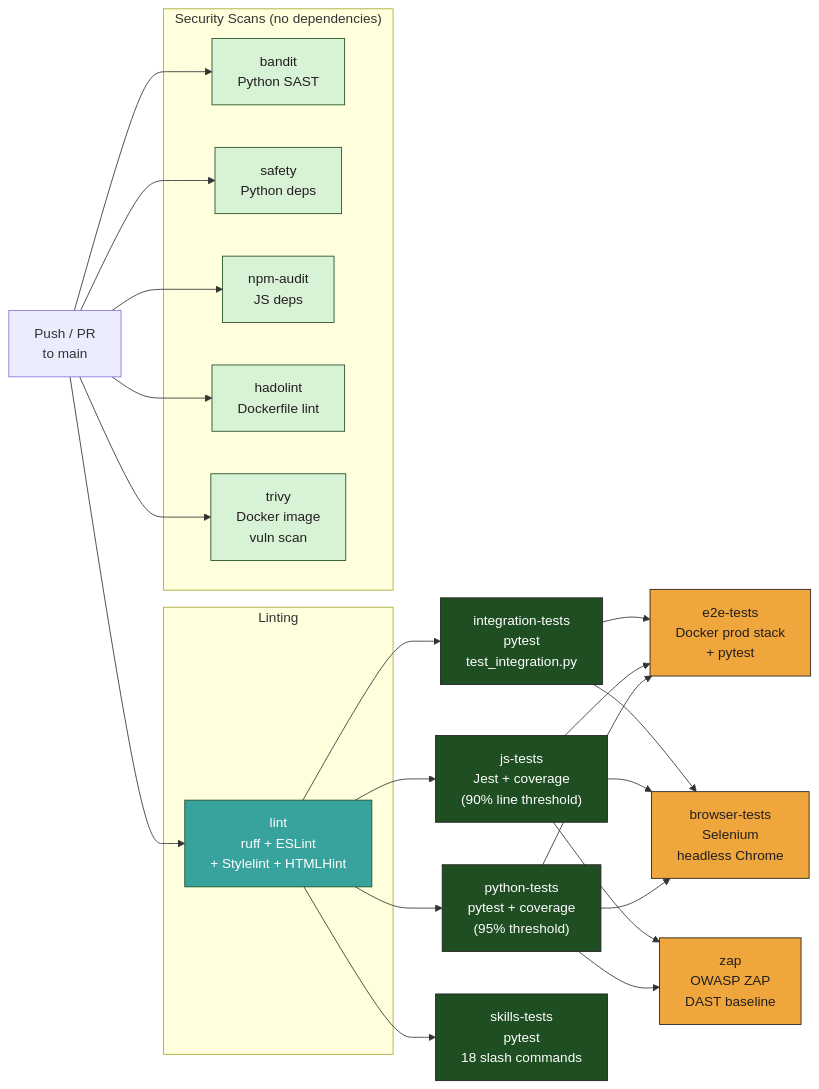
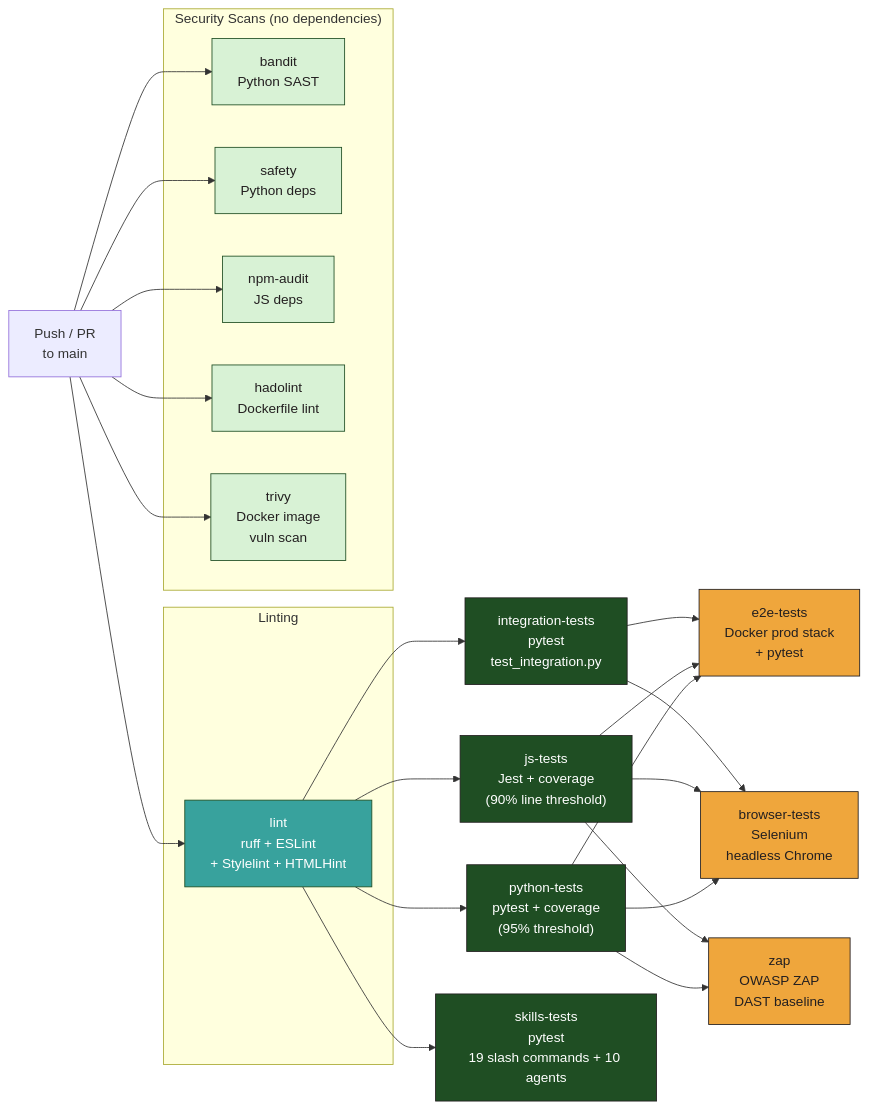
One commit to mgmarques/radiocalico changed the fifth of 5 diagrams in docs/tech-spec.md. Above: the diagram before and after it, drawn with Mermaid. The commit also changed other lines of this file and 25 other files, not shown here.

First line of the commit message:
feat: 3 new skills, 2 rules, 4 agent updates, mock DB for offline tests (#14)

````diff
--- a/docs/tech-spec.md
+++ b/docs/tech-spec.md
@@ -837,52 +946,52 @@
 ```mermaid
 graph LR
     Push["Push / PR<br/>to main"] --> lint
 
     subgraph Linting
         lint["lint<br/>ruff + ESLint<br/>+ Stylelint + HTMLHint"]
     end
 
     lint --> python-tests["python-tests<br/>pytest + coverage<br/>(95% threshold)"]
     lint --> integration-tests["integration-tests<br/>pytest<br/>test_integration.py"]
     lint --> js-tests["js-tests<br/>Jest + coverage<br/>(90% line threshold)"]
-    lint --> skills-tests["skills-tests<br/>pytest<br/>18 slash commands"]
+    lint --> skills-tests["skills-tests<br/>pytest<br/>19 slash commands + 10 agents"]
 
     python-tests --> e2e-tests["e2e-tests<br/>Docker prod stack<br/>+ pytest"]
     js-tests --> e2e-tests
     integration-tests --> e2e-tests
 
     python-tests --> browser-tests["browser-tests<br/>Selenium<br/>headless Chrome"]
     js-tests --> browser-tests
     integration-tests --> browser-tests
 
     python-tests --> zap["zap<br/>OWASP ZAP<br/>DAST baseline"]
     js-tests --> zap
 
     subgraph "Security Scans (no dependencies)"
         bandit["bandit<br/>Python SAST"]
         safety["safety<br/>Python deps"]
         npm-audit["npm-audit<br/>JS deps"]
         hadolint["hadolint<br/>Dockerfile lint"]
         trivy["trivy<br/>Docker image<br/>vuln scan"]
     end
 
     Push --> bandit
     Push --> safety
     Push --> npm-audit
     Push --> hadolint
     Push --> trivy
 
     style lint fill:#38A29D,stroke:#1F4E23,color:#FFFFFF
     style python-tests fill:#1F4E23,stroke:#231F20,color:#FFFFFF
     style integration-tests fill:#1F4E23,stroke:#231F20,color:#FFFFFF
     style js-tests fill:#1F4E23,stroke:#231F20,color:#FFFFFF
     style skills-tests fill:#1F4E23,stroke:#231F20,color:#FFFFFF
     style e2e-tests fill:#EFA63C,stroke:#231F20,color:#231F20
     style browser-tests fill:#EFA63C,stroke:#231F20,color:#231F20
     style zap fill:#EFA63C,stroke:#231F20,color:#231F20
     style bandit fill:#D8F2D5,stroke:#1F4E23,color:#231F20
     style safety fill:#D8F2D5,stroke:#1F4E23,color:#231F20
     style npm-audit fill:#D8F2D5,stroke:#1F4E23,color:#231F20
     style hadolint fill:#D8F2D5,stroke:#1F4E23,color:#231F20
     style trivy fill:#D8F2D5,stroke:#1F4E23,color:#231F20
 ```
````
